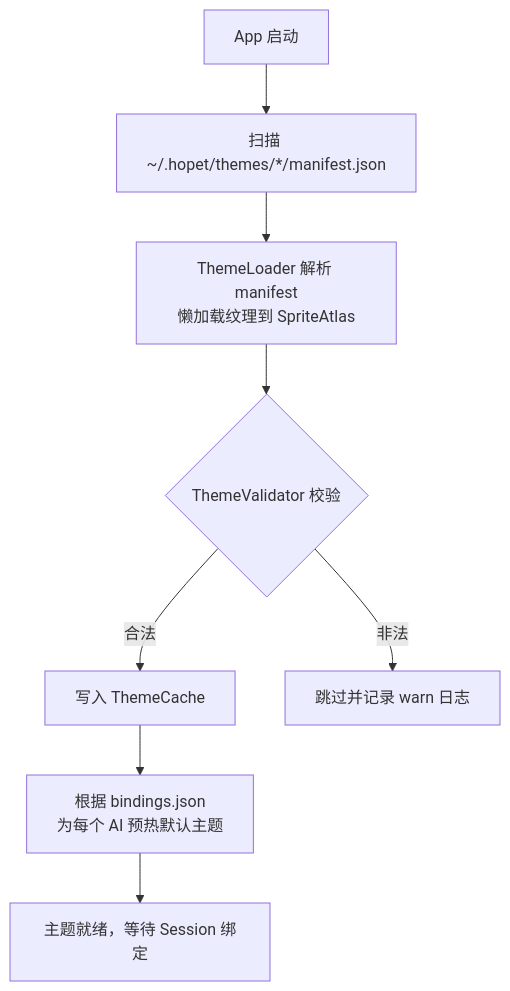
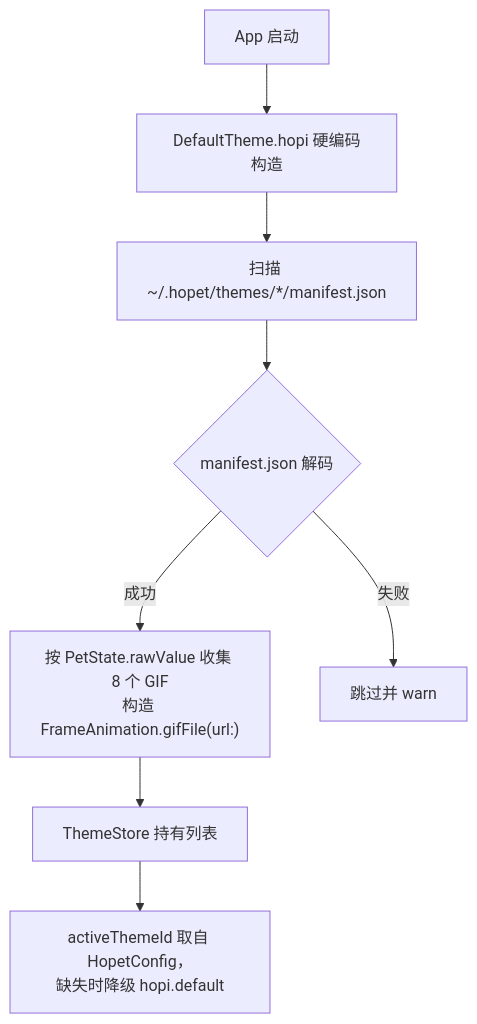
Before and after one commit to BinaryFroggy/Hopet: the second of 2 diagrams in devDocs/features.md, drawn with Mermaid. The commit also changed other lines of this file and 8 other files, not shown here.

````diff
--- a/devDocs/features.md
+++ b/devDocs/features.md
@@ -346,10 +358,10 @@
 ```mermaid
 flowchart TD
-    Start["App 启动"] --> Scan["扫描 ~/.hopet/themes/*/manifest.json"]
-    Scan --> Parse["ThemeLoader 解析 manifest<br/>懒加载纹理到 SpriteAtlas"]
-    Parse --> Validate{"ThemeValidator 校验"}
-    Validate -->|合法| Cache["写入 ThemeCache"]
-    Validate -->|非法| Skip["跳过并记录 warn 日志"]
-    Cache --> Warm["根据 bindings.json<br/>为每个 AI 预热默认主题"]
-    Warm --> Ready["主题就绪，等待 Session 绑定"]
+    Start["App 启动"] --> Builtin["DefaultTheme.hopi 硬编码构造"]
+    Builtin --> Scan["扫描 ~/.hopet/themes/*/manifest.json"]
+    Scan --> Decode{"manifest.json 解码"}
+    Decode -->|成功| Build["按 PetState.rawValue 收集 8 个 GIF<br/>构造 FrameAnimation.gifFile(url:)"]
+    Decode -->|失败| Skip["跳过并 warn"]
+    Build --> Store["ThemeStore 持有列表"]
+    Store --> Active["activeThemeId 取自 HopetConfig，<br/>缺失时降级 hopi.default"]
 ```
````
